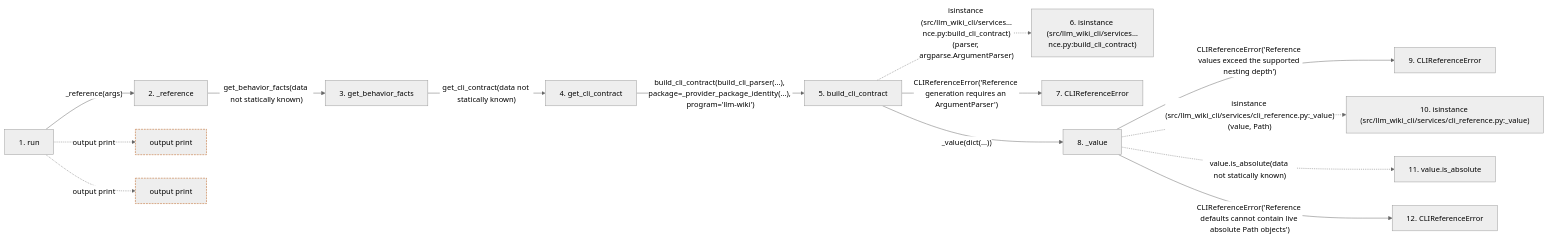
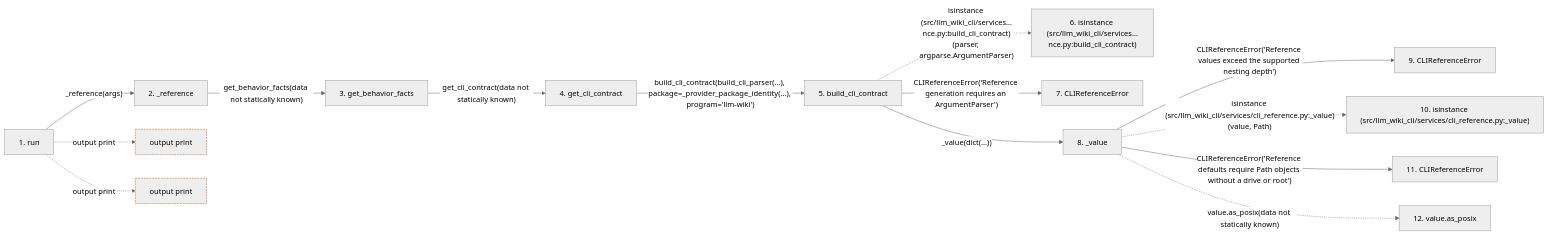
Before and after one commit to Denissvgn/python-wiki-llm: the second of 2 diagrams in docs/llm_wiki/flows/cli-reference.md, drawn with Mermaid (neutral theme). The commit also changed other lines of this file and 364 other files, not shown here.

````diff
--- a/docs/llm_wiki/flows/cli-reference.md
+++ b/docs/llm_wiki/flows/cli-reference.md
@@ -151,42 +151,42 @@
 ```mermaid
 flowchart LR
     s1["1. run"]
     s2["2. _reference"]
     s3["3. get_behavior_facts"]
     s4["4. get_cli_contract"]
     s5["5. build_cli_contract"]
     s6["6. isinstance (src/llm_wiki_cli/services…nce.py:build_cli_contract)"]
     s7["7. CLIReferenceError"]
     s8["8. _value"]
     s9["9. CLIReferenceError"]
     s10["10. isinstance (src/llm_wiki_cli/services/cli_reference.py:_value)"]
-    s11["11. value.is_absolute"]
-    s12["12. CLIReferenceError"]
+    s11["11. CLIReferenceError"]
+    s12["12. value.as_posix"]
     s1 -->|"_reference(args)"| s2
     s2 -->|"get_behavior_facts(data not statically known)"| s3
     s3 -->|"get_cli_contract(data not statically known)"| s4
     s4 -->|"build_cli_contract(build_cli_parser(...), package=_provider_package_identity(...), program='llm-wiki')"| s5
     s5 -. "isinstance (src/llm_wiki_cli/services…nce.py:build_cli_contract)(parser, argparse.ArgumentParser)" .-> s6
     s5 -->|"CLIReferenceError('Reference generation requires an ArgumentParser')"| s7
     s5 -->|"_value(dict(...))"| s8
     s8 -->|"CLIReferenceError('Reference values exceed the supported nesting depth')"| s9
     s8 -. "isinstance (src/llm_wiki_cli/services/cli_reference.py:_value)(value, Path)" .-> s10
-    s8 -. "value.is_absolute(data not statically known)" .-> s11
-    s8 -->|"CLIReferenceError('Reference defaults cannot contain live absolute Path objects')"| s12
+    s8 -->|"CLIReferenceError('Reference defaults require Path objects without a drive or root')"| s11
+    s8 -. "value.as_posix(data not statically known)" .-> s12
     b0["output print"]
     s1 -. "output print" .-> b0
     b1["output print"]
     s1 -. "output print" .-> b1
     click s1 "../modules/reference_cmd.md"
     click s2 "../modules/reference_cmd.md"
     click s3 "../modules/behavior_reference.md"
     click s4 "../modules/cli_reference.md"
     click s5 "../modules/cli_reference.md"
     click s7 "../modules/cli_reference.md"
     click s8 "../modules/cli_reference.md"
     click s9 "../modules/cli_reference.md"
-    click s12 "../modules/cli_reference.md"
+    click s11 "../modules/cli_reference.md"
     classDef boundary stroke:#b45309,stroke-dasharray: 4 2
     class b0 boundary
     class b1 boundary
 ```
````
